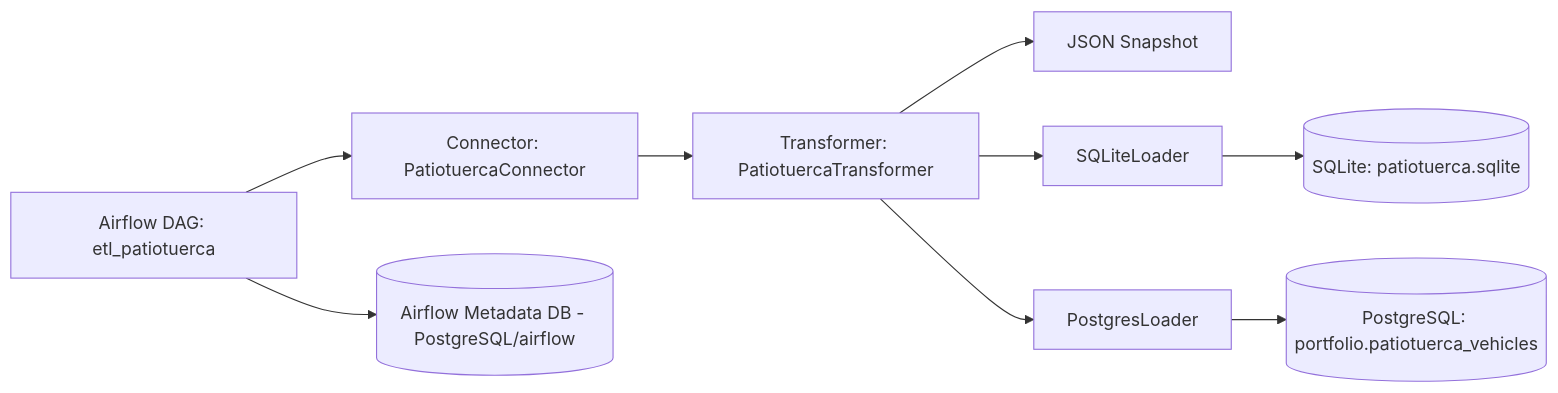
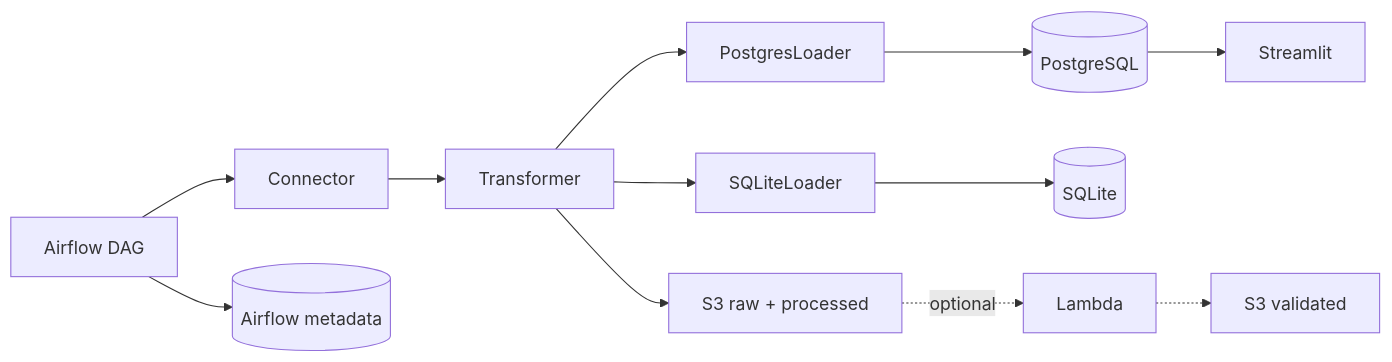
One commit to raulbarreiroz/data-portfolio changed the diagram in README.md. Above: the diagram before and after it, drawn with Mermaid. The commit also changed other lines of this file and 3 other files, not shown here.

````diff
--- a/README.md
+++ b/README.md
@@ -26,11 +15,14 @@
 ```mermaid
 flowchart LR
-  AF[Airflow DAG: etl_patiotuerca] --> E[Connector: PatiotuercaConnector]
-  E --> T[Transformer: PatiotuercaTransformer]
-  T --> J[JSON Snapshot]
+  AF[Airflow DAG] --> E[Connector]
+  E --> T[Transformer]
   T --> L1[SQLiteLoader]
   T --> L2[PostgresLoader]
-  L1 --> DB1[(SQLite: patiotuerca.sqlite)]
-  L2 --> DB2[(PostgreSQL: portfolio.patiotuerca_vehicles)]
-  AF --> META[(Airflow Metadata DB - PostgreSQL/airflow)]
+  T --> S3[S3 raw + processed]
+  S3 -. optional .-> LM[Lambda]
+  LM -.-> S3V[S3 validated]
+  L1 --> DB1[(SQLite)]
+  L2 --> DB2[(PostgreSQL)]
+  AF --> META[(Airflow metadata)]
+  DB2 --> ST[Streamlit]
 ```
````
